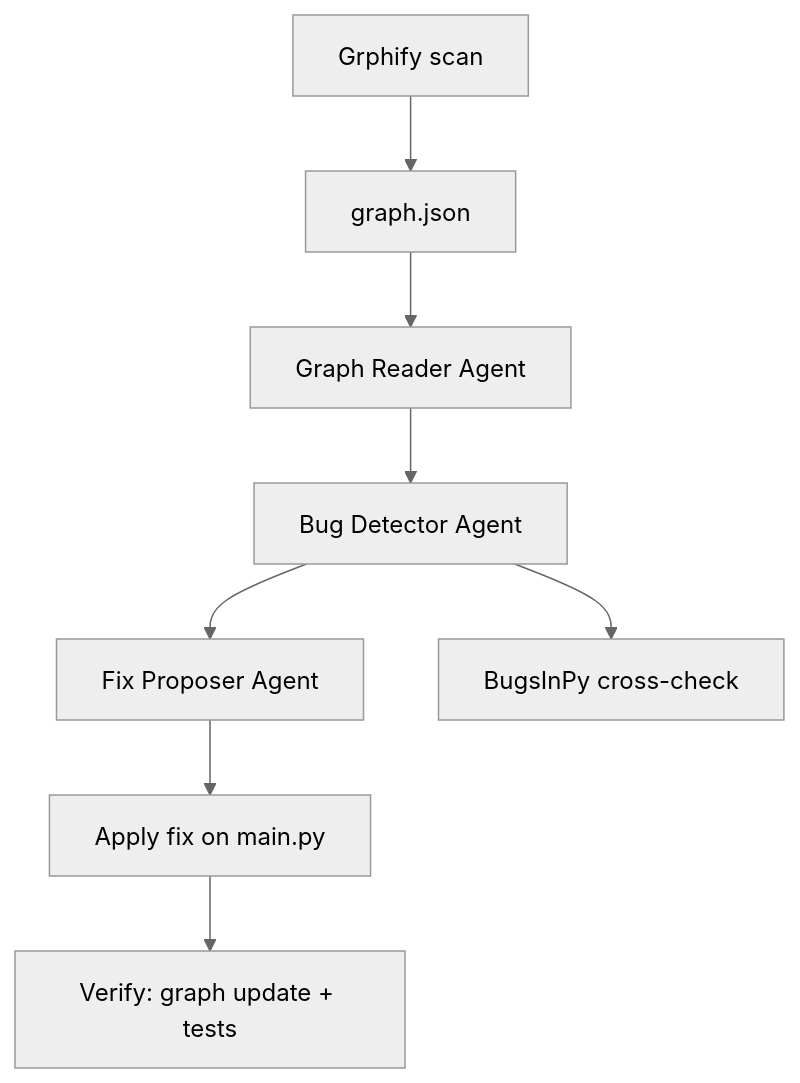
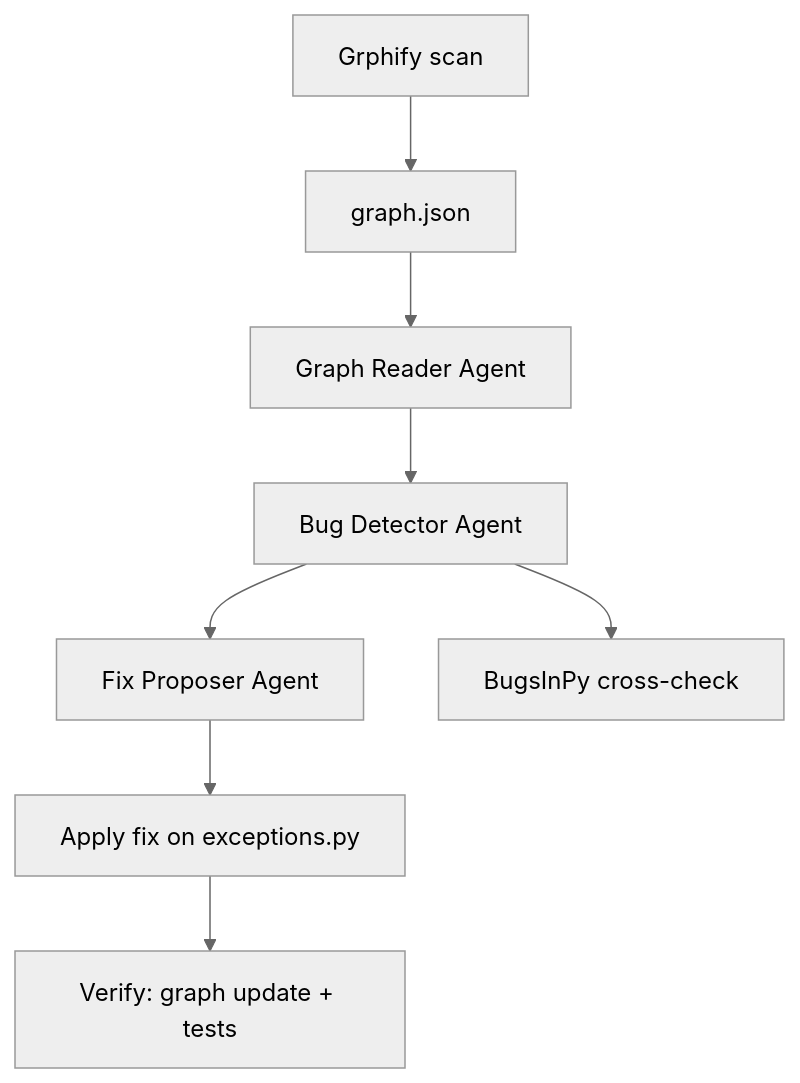
The diagram in hw4/reports/architecture_analysis.md (yamandahle/AI-Agents-course), drawn with Mermaid (neutral theme) before and after one commit. The commit also changed other lines of this file and 17 other files, not shown here.

First line of the commit message:
refactor(hw4): apply exceptions hub fix and update graph metrics

````diff
--- a/hw4/reports/architecture_analysis.md
+++ b/hw4/reports/architecture_analysis.md
@@ -101,10 +102,10 @@
 ```mermaid
 flowchart TD
     A[Grphify scan] --> B[graph.json]
     B --> C[Graph Reader Agent]
     C --> D[Bug Detector Agent]
     D --> E[Fix Proposer Agent]
-    E --> F[Apply fix on main.py]
+    E --> F[Apply fix on exceptions.py]
     F --> G[Verify: graph update + tests]
     D --> H[BugsInPy cross-check]
 ```
````
